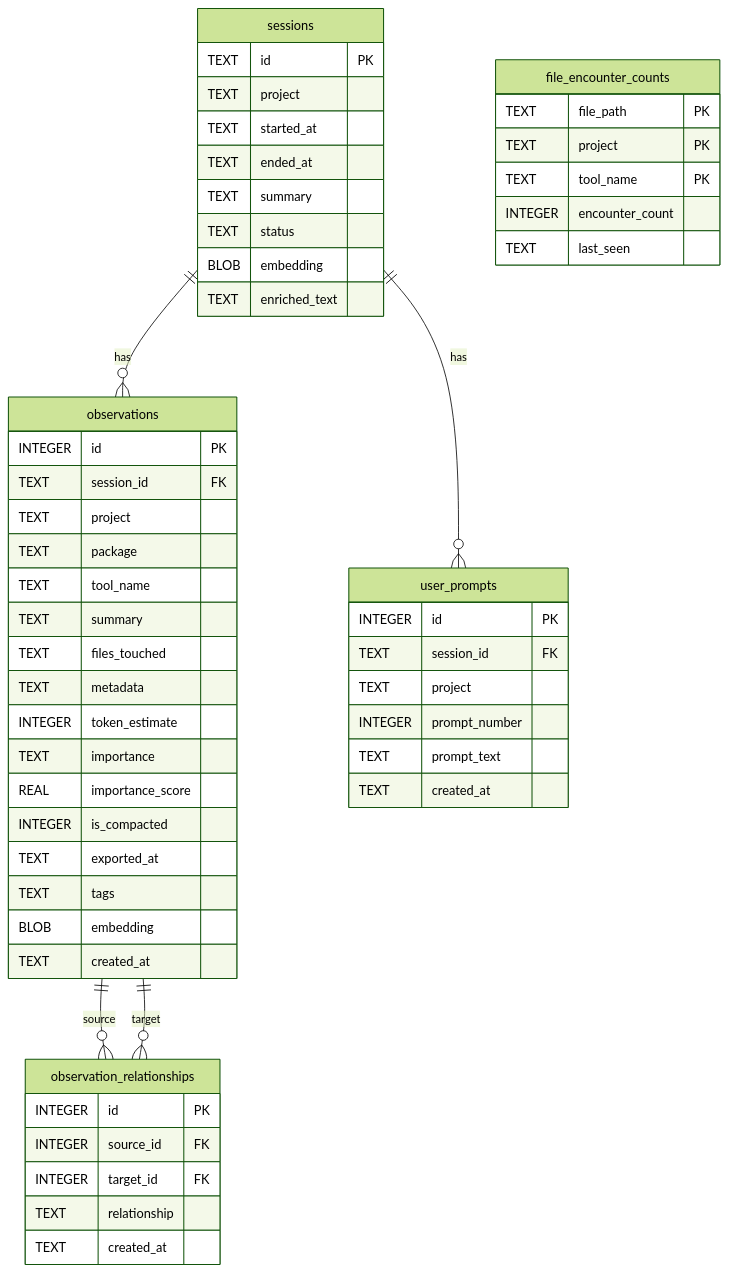
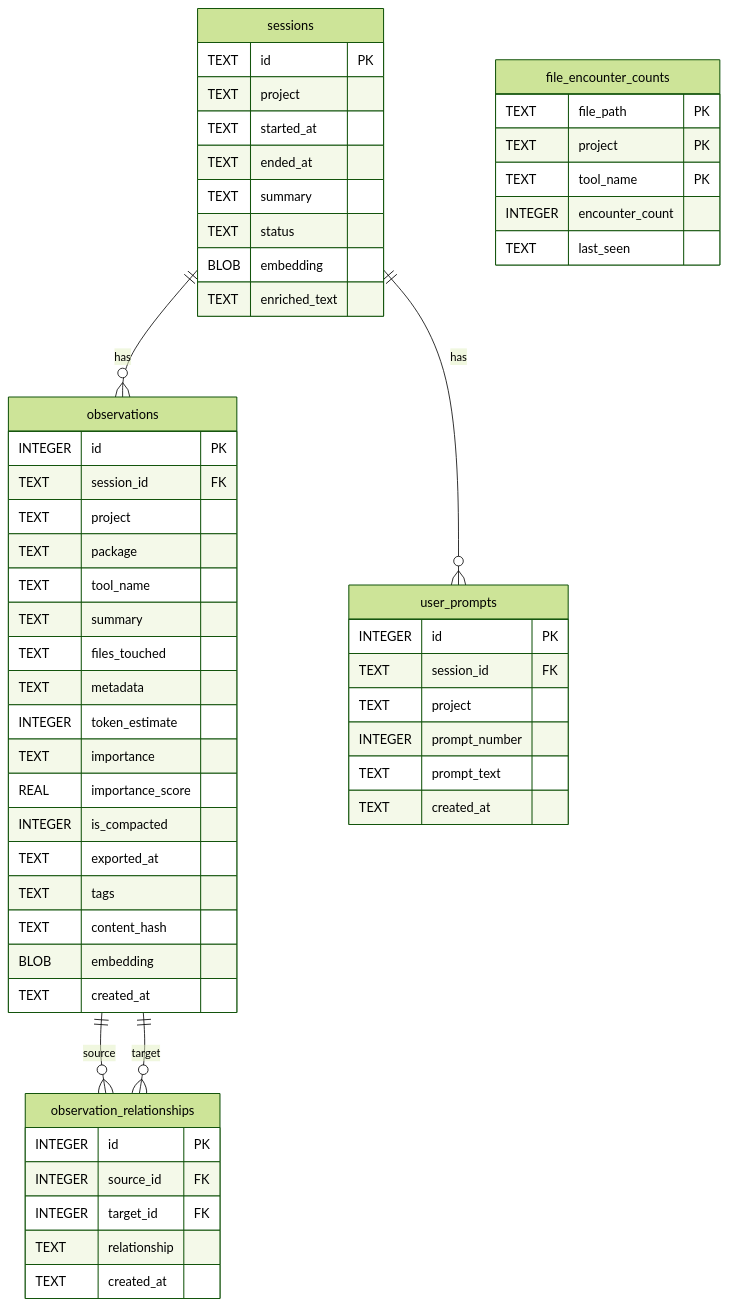
Before and after one commit to mrlesmithjr/claude-context-manager: the second of 7 diagrams in docs/ARCHITECTURE.md, drawn with Mermaid (forest theme). The commit also changed other lines of this file and 16 other files, not shown here.

````diff
--- a/docs/ARCHITECTURE.md
+++ b/docs/ARCHITECTURE.md
@@ -241,58 +243,59 @@
 ```mermaid
 erDiagram
     sessions {
         TEXT id PK
         TEXT project
         TEXT started_at
         TEXT ended_at
         TEXT summary
         TEXT status
         BLOB embedding
         TEXT enriched_text
     }
     observations {
         INTEGER id PK
         TEXT session_id FK
         TEXT project
         TEXT package
         TEXT tool_name
         TEXT summary
         TEXT files_touched
         TEXT metadata
         INTEGER token_estimate
         TEXT importance
         REAL importance_score
         INTEGER is_compacted
         TEXT exported_at
         TEXT tags
+        TEXT content_hash
         BLOB embedding
         TEXT created_at
     }
     user_prompts {
         INTEGER id PK
         TEXT session_id FK
         TEXT project
         INTEGER prompt_number
         TEXT prompt_text
         TEXT created_at
     }
     file_encounter_counts {
         TEXT file_path PK
         TEXT project PK
         TEXT tool_name PK
         INTEGER encounter_count
         TEXT last_seen
     }
     observation_relationships {
         INTEGER id PK
         INTEGER source_id FK
         INTEGER target_id FK
         TEXT relationship
         TEXT created_at
     }
 
     sessions ||--o{ observations : "has"
     sessions ||--o{ user_prompts : "has"
     observations ||--o{ observation_relationships : "source"
     observations ||--o{ observation_relationships : "target"
 ```
````
